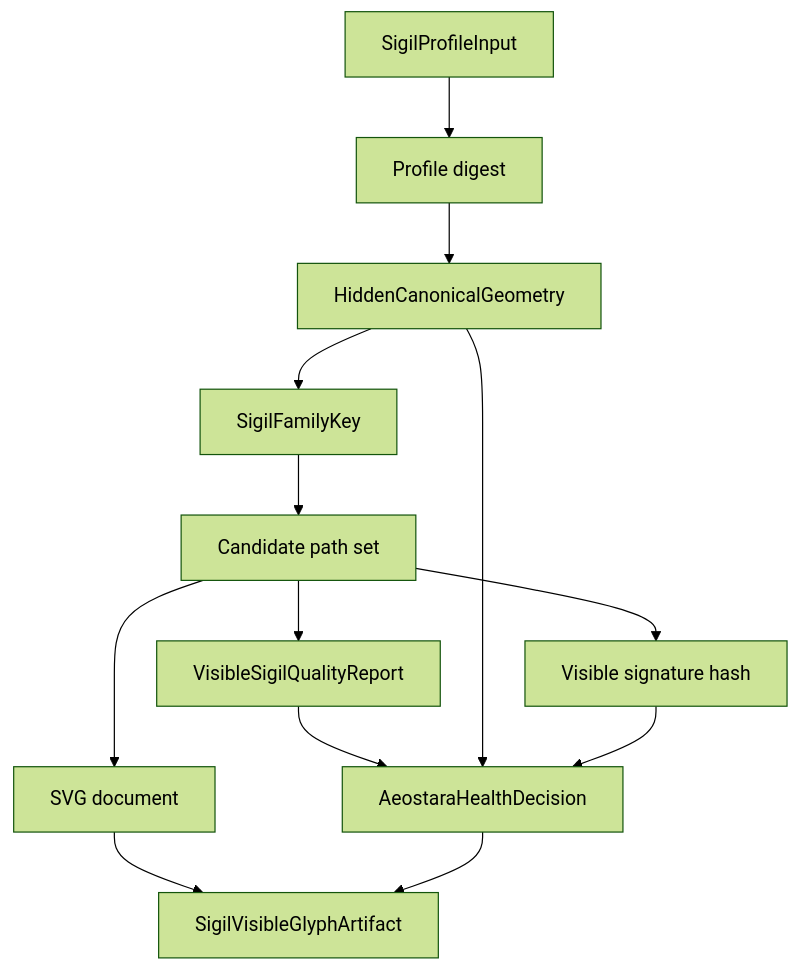
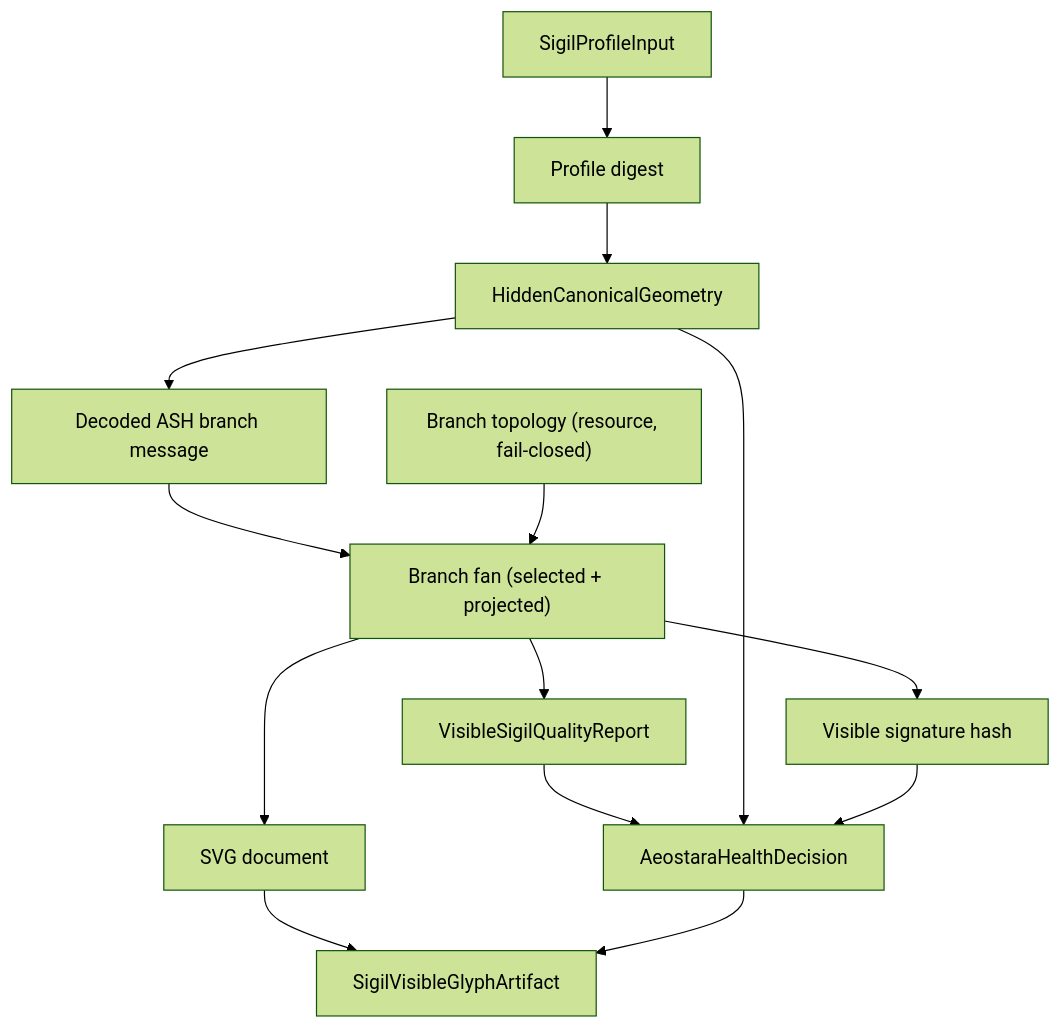
The first of 2 diagrams in docs/visible-glyph-engine.md (flynn33/Sigil), drawn with Mermaid (forest theme) before and after one commit. The commit also changed other lines of this file and 21 other files, not shown here.

First line of the commit message:
Package 05 closeout: ASH-derived canonical glyph, real crossings, and Sigil Reading completion

````diff
--- a/docs/visible-glyph-engine.md
+++ b/docs/visible-glyph-engine.md
@@ -33,26 +36,28 @@
 ```mermaid
 flowchart TB
     Input["SigilProfileInput"]
     Digest["Profile digest"]
     Hidden["HiddenCanonicalGeometry"]
-    Family["SigilFamilyKey"]
-    Candidate["Candidate path set"]
+    Topology["Branch topology (resource, fail-closed)"]
+    Message["Decoded ASH branch message"]
+    Candidate["Branch fan (selected + projected)"]
     Quality["VisibleSigilQualityReport"]
     Signature["Visible signature hash"]
     SVG["SVG document"]
     Validation["AeostaraHealthDecision"]
     Artifact["SigilVisibleGlyphArtifact"]
 
     Input --> Digest
     Digest --> Hidden
-    Hidden --> Family
-    Family --> Candidate
+    Hidden --> Message
+    Message --> Candidate
+    Topology --> Candidate
     Candidate --> Quality
     Candidate --> Signature
     Quality --> Validation
     Hidden --> Validation
     Signature --> Validation
     Candidate --> SVG
     SVG --> Artifact
     Validation --> Artifact
 ```
````
